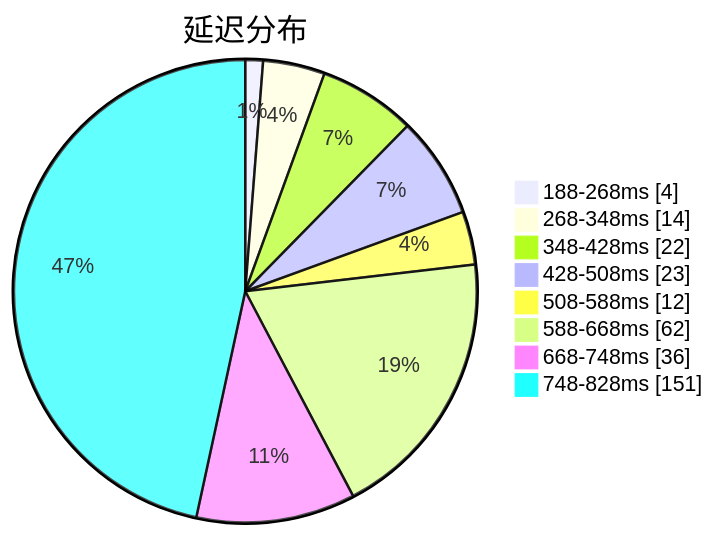
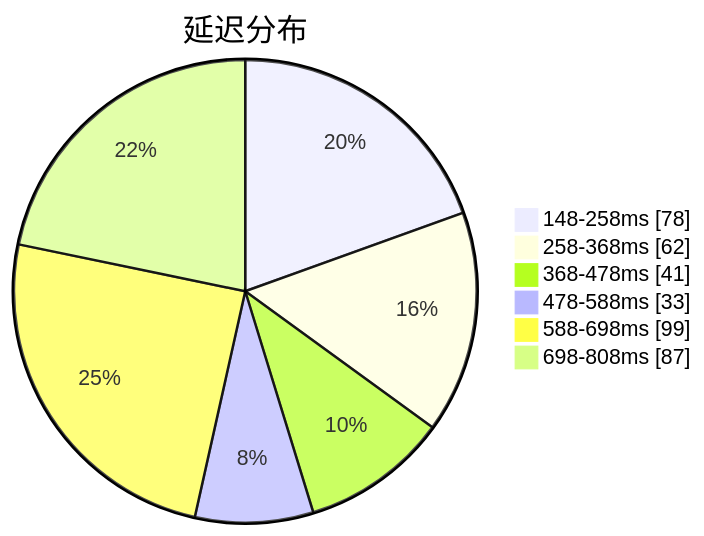
The first of 3 diagrams in subs/statistics/tested_within.md (qjlxg/airport), drawn with Mermaid before and after one commit. The commit also changed other lines of this file and 2 other files, not shown here.

Commit message:
Tested by metaST

````diff
--- a/subs/statistics/tested_within.md
+++ b/subs/statistics/tested_within.md
@@ -2,12 +2,10 @@
 ```mermaid
 pie showData
 title 延迟分布
-"188-268ms" : 4
-"268-348ms" : 14
-"348-428ms" : 22
-"428-508ms" : 23
-"508-588ms" : 12
-"588-668ms" : 62
-"668-748ms" : 36
-"748-828ms" : 151
+"148-258ms" : 78
+"258-368ms" : 62
+"368-478ms" : 41
+"478-588ms" : 33
+"588-698ms" : 99
+"698-808ms" : 87
 ```
````
